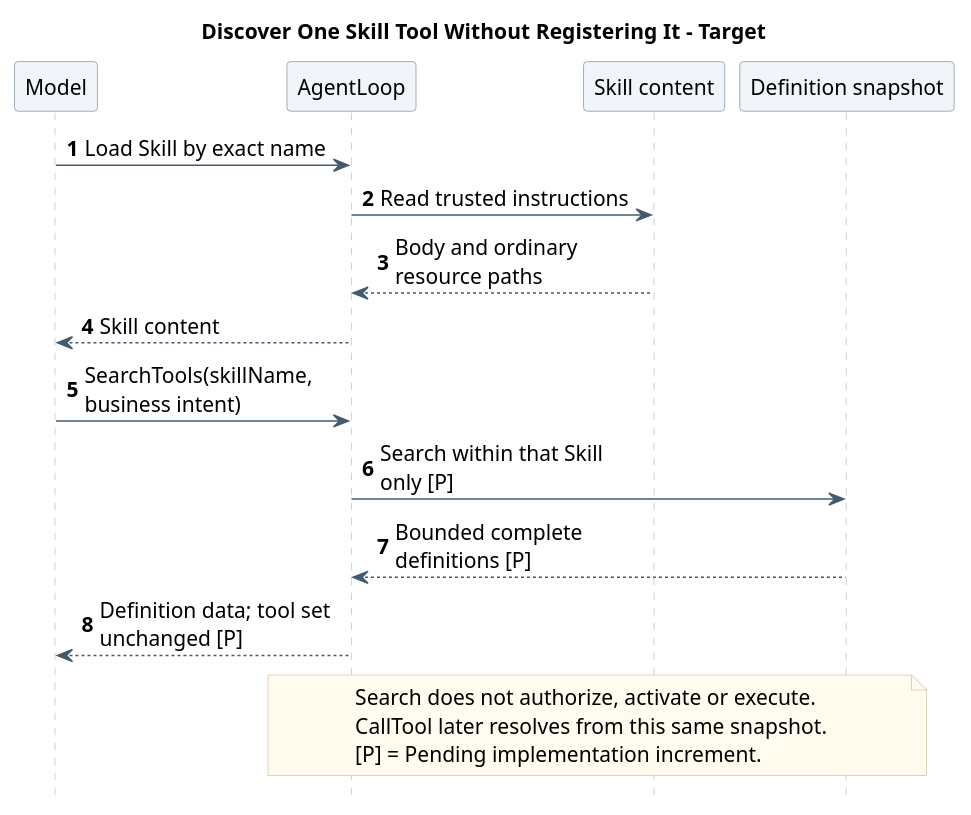
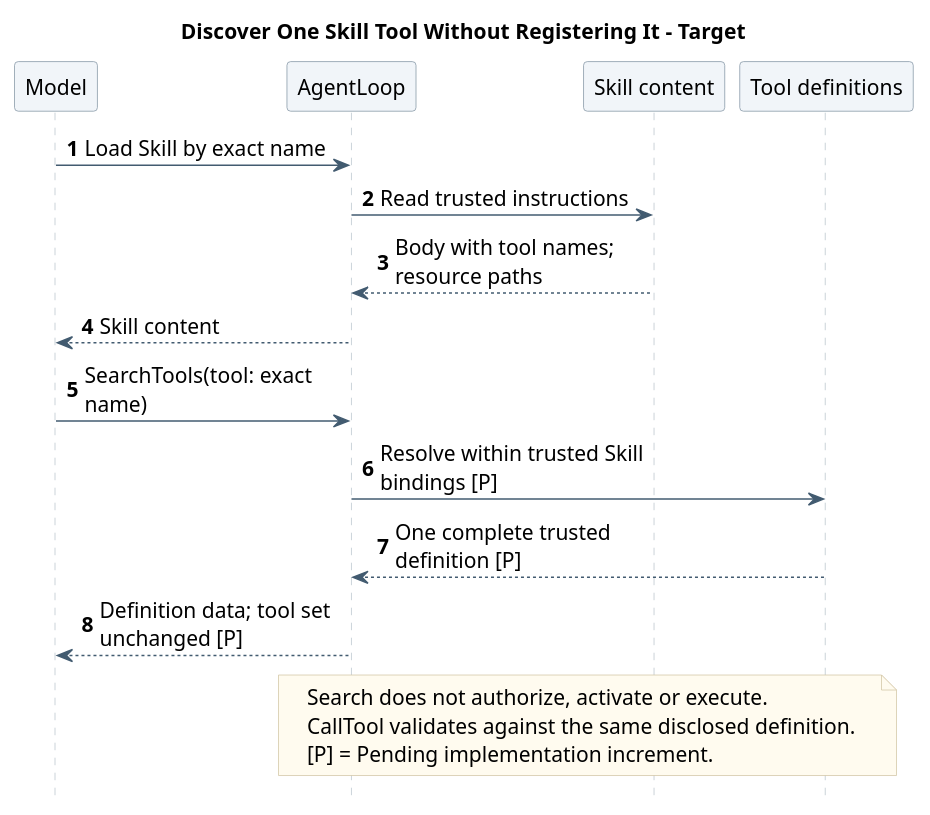
Before and after one commit to ssm0808/pi-mono-java-design: the fourth of 13 diagrams in 01-总体架构/02-CampusClaw工具系统/diagram.puml, drawn with PlantUML. The commit also changed other lines of this file and 17 other files, not shown here.

Commit message:
docs(tools): use exact-name discovery and defer data sync

```diff
--- a/01-总体架构/02-CampusClaw工具系统/diagram.puml
+++ b/01-总体架构/02-CampusClaw工具系统/diagram.puml
@@ -252,50 +252,50 @@
 @startuml skill_tool_search
 ' Source evidence (CampusClaw ae6645caaade3b9520220a34af940210850ef36a, checked 2026-09-22):
 ' modules/coding-agent-cli/src/main/java/com/campusclaw/codingagent/tool/skill/SkillTool.java: execute
 ' modules/coding-agent-cli/src/main/java/com/campusclaw/codingagent/tool/mate/CallTool.java: prepare
-' modules/coding-agent-cli/src/main/java/com/campusclaw/codingagent/tool/mate/MateToolResolver.java: resolveSkill
+' modules/coding-agent-cli/src/main/java/com/campusclaw/codingagent/tool/mate/MateToolResolver.java: resolveSkill, merge, validateCrossScopeNames
 ' Baseline evidence (OpenCode fe3f3a41f79ad292cc3c7c629567385a20ec5130):
 ' packages/codemode/src/tool-runtime.ts: makeSearchTool, prepare, searchIndex
-' Baseline evidence (Codex ac7634b9f73ec1bf96466be7a5869f0949d20b30):
+' Baseline evidence (Codex 89a7298aff55db29f9cb2ad2430e3efe02b7a454):
 ' codex-rs/core/src/tools/handlers/tool_search.rs: ToolSearchHandler
 ' codex-rs/core/src/tools/handlers/tool_search_spec.rs: create_tool_search_tool
-' Observed behavior: Skill and CallTool exist, but SearchTools and a shared immutable definition snapshot do not.
+' Observed behavior: Skill, CallTool and name-based MateToolResolver exist; SearchTools does not.
 ' Design reason: reveal only relevant definitions while keeping the model tool set fixed across turns.
-' Pending implementation: SearchTools and ToolDefinitionSnapshot integration.
+' Pending implementation: SearchTools and discovery consistency integration.
 ' Presentation: one responsibility-level scenario; execution and authorization are outside this interaction.
 skinparam backgroundColor white
 skinparam defaultFontName SansSerif
 skinparam defaultFontSize 14
 skinparam shadowing false
 skinparam sequenceMessageAlign left
 skinparam maxMessageSize 180
 skinparam sequenceArrowColor #425B70
 skinparam sequenceLifeLineBorderColor #BAC4CC
 skinparam sequenceParticipantBackgroundColor #F1F5F9
 skinparam sequenceParticipantBorderColor #8496A4
 skinparam sequenceGroupBackgroundColor #FAFBFC
 skinparam sequenceGroupBorderColor #BAC4CC
 skinparam noteBackgroundColor #FFFBEF
 skinparam noteBorderColor #D2C6A5
 hide footbox
 autonumber
 
 title Discover One Skill Tool Without Registering It - Target
 participant Model
 participant AgentLoop as Loop
 participant "Skill content" as Skill
-participant "Definition snapshot" as Catalog
+participant "Tool definitions" as Catalog
 Model -> Loop : Load Skill by exact name
 Loop -> Skill : Read trusted instructions
-Skill --> Loop : Body and ordinary resource paths
+Skill --> Loop : Body with tool names; resource paths
 Loop --> Model : Skill content
-Model -> Loop : SearchTools(skillName, business intent)
-Loop -> Catalog : Search within that Skill only [P]
-Catalog --> Loop : Bounded complete definitions [P]
+Model -> Loop : SearchTools(tool: exact name)
+Loop -> Catalog : Resolve within trusted Skill bindings [P]
+Catalog --> Loop : One complete trusted definition [P]
 Loop --> Model : Definition data; tool set unchanged [P]
 note over Loop,Catalog
   Search does not authorize, activate or execute.
-  CallTool later resolves from this same snapshot.
+  CallTool validates against the same disclosed definition.
   [P] = Pending implementation increment.
 end note
 @enduml
```
